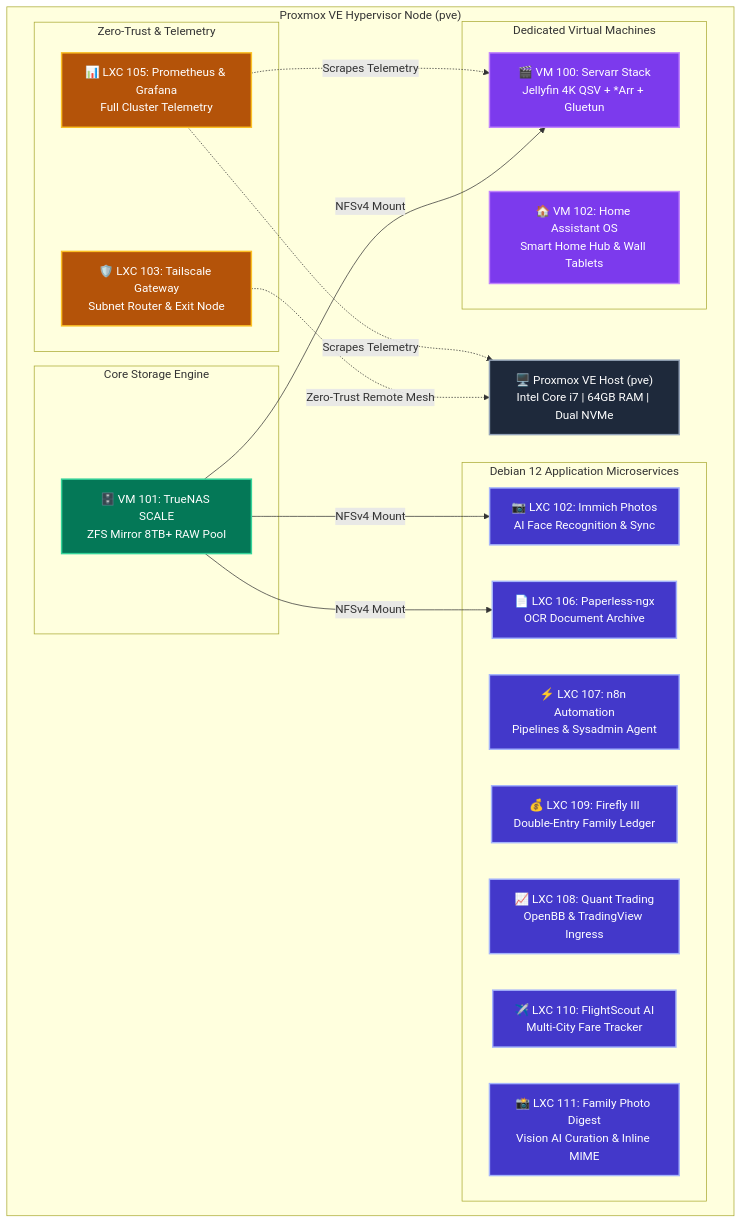
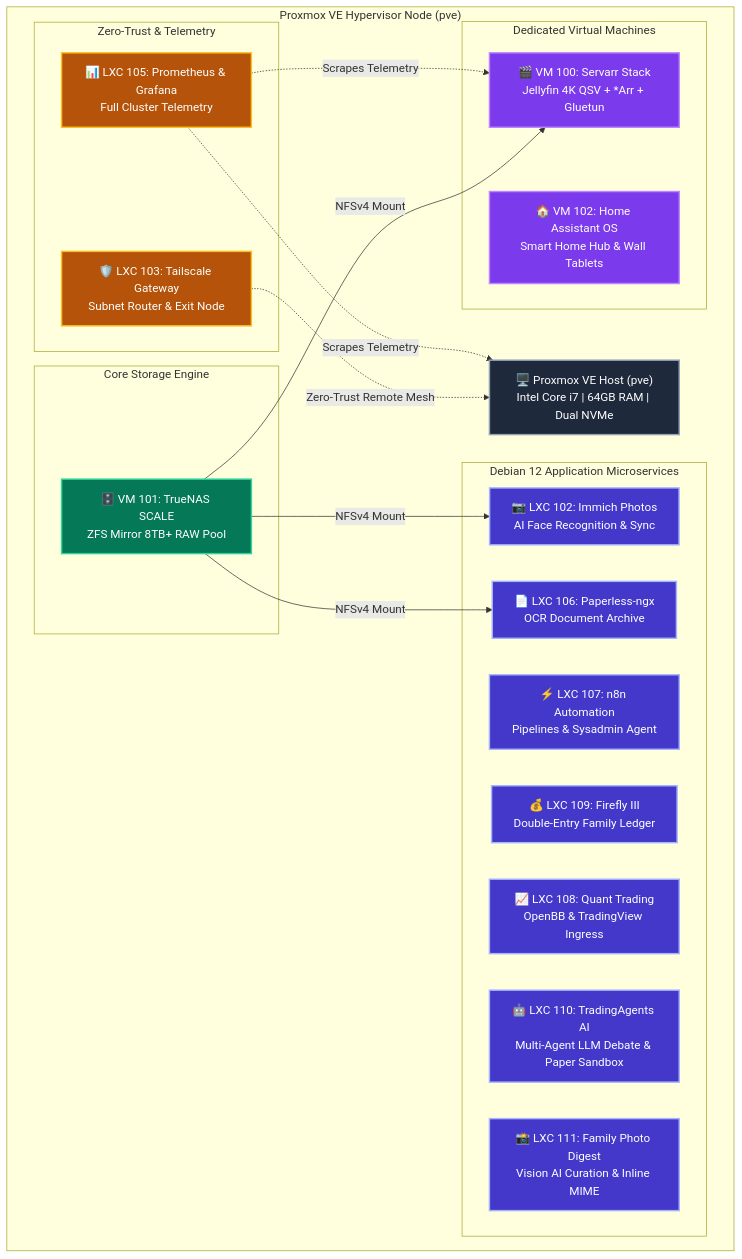
The diagram in README.md (nishilshah/homelab-blueprints), drawn with Mermaid before and after one commit. The commit also changed other lines of this file and 2 other files, not shown here.

Commit message:
feat(trading-agents): deploy TauricResearch TradingAgents sandbox on LXC 110 with IBKR paper bridge

````diff
--- a/README.md
+++ b/README.md
@@ -26,43 +26,43 @@
 ```mermaid
 flowchart TD
     classDef host fill:#1e293b,stroke:#94a3b8,stroke-width:2px,color:#ffffff;
     classDef storage fill:#047857,stroke:#34d399,stroke-width:2px,color:#ffffff;
     classDef net fill:#b45309,stroke:#fbbf24,stroke-width:2px,color:#ffffff;
     classDef lxc fill:#4338ca,stroke:#a5b4fc,stroke-width:2px,color:#ffffff;
     classDef vm fill:#7c3aed,stroke:#c084fc,stroke-width:2px,color:#ffffff;
 
     subgraph Hypervisor ["Proxmox VE Hypervisor Node (pve)"]
         PVE["🖥️ Proxmox VE Host (pve)<br/>Intel Core i7 | 64GB RAM | Dual NVMe"]:::host
         
         subgraph StorageCore ["Core Storage Engine"]
             TrueNAS["🗄️ VM 101: TrueNAS SCALE<br/>ZFS Mirror 8TB+ RAW Pool"]:::storage
         end
 
         subgraph NetworkAccess ["Zero-Trust & Telemetry"]
             Tailscale["🛡️ LXC 103: Tailscale Gateway<br/>Subnet Router & Exit Node"]:::net
             Monitoring["📊 LXC 105: Prometheus & Grafana<br/>Full Cluster Telemetry"]:::net
         end
 
         subgraph CoreLXCs ["Debian 12 Application Microservices"]
             Immich["📷 LXC 102: Immich Photos<br/>AI Face Recognition & Sync"]:::lxc
             Paperless["📄 LXC 106: Paperless-ngx<br/>OCR Document Archive"]:::lxc
             N8N["⚡ LXC 107: n8n Automation<br/>Pipelines & Sysadmin Agent"]:::lxc
             Firefly["💰 LXC 109: Firefly III<br/>Double-Entry Family Ledger"]:::lxc
             Quant["📈 LXC 108: Quant Trading<br/>OpenBB & TradingView Ingress"]:::lxc
-            Flight["✈️ LXC 110: FlightScout AI<br/>Multi-City Fare Tracker"]:::lxc
+            TradingAgents["🤖 LXC 110: TradingAgents AI<br/>Multi-Agent LLM Debate & Paper Sandbox"]:::lxc
             Digest["📸 LXC 111: Family Photo Digest<br/>Vision AI Curation & Inline MIME"]:::lxc
         end
 
         subgraph DedicatedVMs ["Dedicated Virtual Machines"]
             MediaStack["🎬 VM 100: Servarr Stack<br/>Jellyfin 4K QSV + *Arr + Gluetun"]:::vm
             HA["🏠 VM 102: Home Assistant OS<br/>Smart Home Hub & Wall Tablets"]:::vm
         end
     end
 
     TrueNAS -->|NFSv4 Mount| MediaStack
     TrueNAS -->|NFSv4 Mount| Immich
     TrueNAS -->|NFSv4 Mount| Paperless
     Tailscale -.->|Zero-Trust Remote Mesh| PVE
     Monitoring -.->|Scrapes Telemetry| PVE
     Monitoring -.->|Scrapes Telemetry| MediaStack
 ```
````
